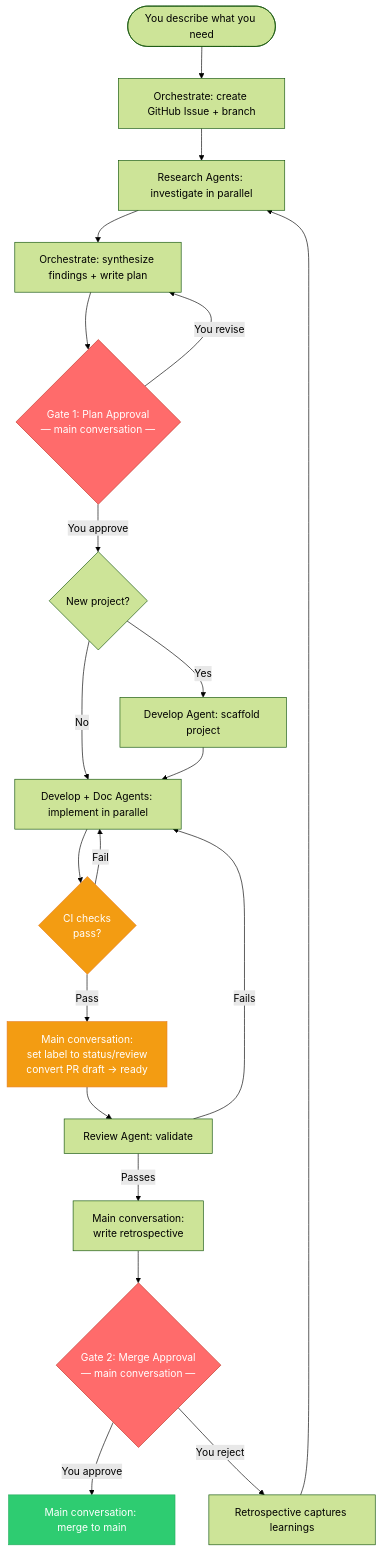
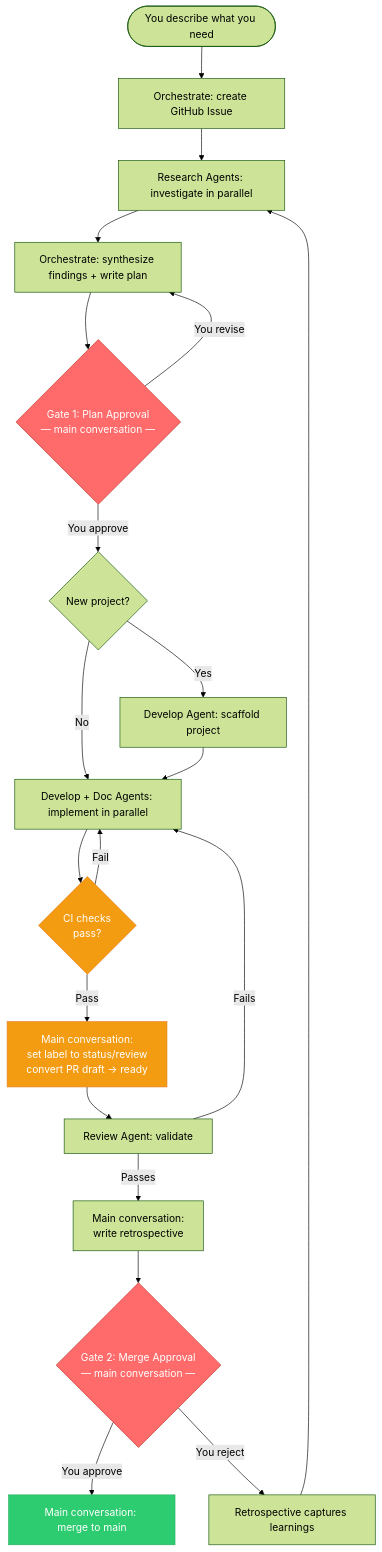
One commit to Mpfk/auto changed the first of 5 diagrams in docs/auto/agent-flow.md. Above: the diagram before and after it, drawn with Mermaid (forest theme). The commit also changed other lines of this file, not shown here.

First line of the commit message:
docs(agent-flow): reflect deferred branch creation, retrospective context, and CI gate

````diff
--- a/docs/auto/agent-flow.md
+++ b/docs/auto/agent-flow.md
@@ -34,28 +34,28 @@
 ```mermaid
 flowchart TD
-    A([You describe what you need]) --> B[Orchestrate: create GitHub Issue + branch]
+    A([You describe what you need]) --> B[Orchestrate: create GitHub Issue]
     B --> C[Research Agents: investigate in parallel]
     C --> D[Orchestrate: synthesize findings + write plan]
     D --> G1{Gate 1: Plan Approval\n— main conversation —}
     G1 -- You approve --> SC{New project?}
     SC -- Yes --> SCAF[Develop Agent: scaffold project]
     SC -- No --> E
     SCAF --> E[Develop + Doc Agents: implement in parallel]
     G1 -- You revise --> D
     E --> CI{CI checks\npass?}
     CI -- Fail --> E
     CI -- Pass --> SR[Main conversation:\nset label to status/review\nconvert PR draft → ready]
     SR --> F[Review Agent: validate]
     F -- Fails --> E
     F -- Passes --> R[Main conversation:\nwrite retrospective]
     R --> G2{Gate 2: Merge Approval\n— main conversation —}
     G2 -- You approve --> M[Main conversation: merge to main]
     G2 -- You reject --> RETRO[Retrospective captures learnings]
     RETRO --> C
 
     style G1 fill:#ff6b6b,color:#fff,stroke:#c0392b
     style G2 fill:#ff6b6b,color:#fff,stroke:#c0392b
     style M fill:#2ecc71,color:#fff,stroke:#27ae60
     style SR fill:#f39c12,color:#fff,stroke:#e67e22
     style CI fill:#f39c12,color:#fff,stroke:#e67e22
 ```
````
